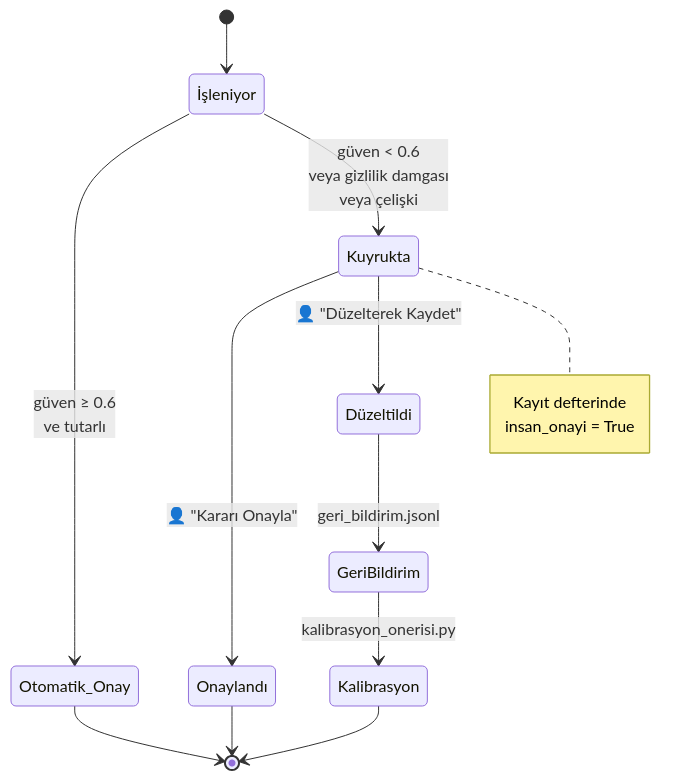
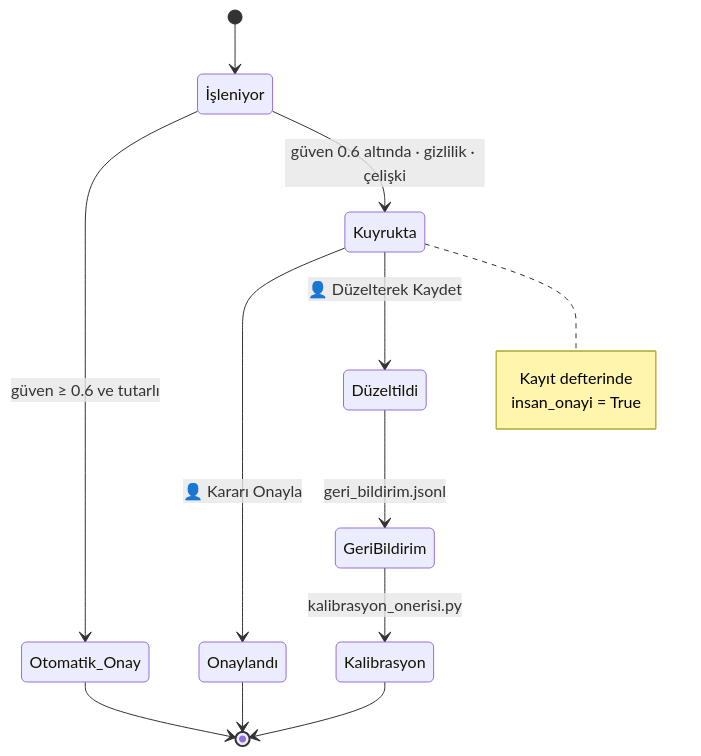
Before and after one commit to msgxr/teknofest-2026-kamu-evrak-akilli-ajan: diagram 26 of 28 in README.md, drawn with Mermaid. The commit also changed other lines of this file, not shown here.

First line of the commit message:
fix(beni-oku): GitHub'da render olmayan Mermaid diyagramlari duzeltildi

````diff
--- a/README.md
+++ b/README.md
@@ -1767,17 +1760,17 @@
 ```mermaid
 stateDiagram-v2
     [*] --> İşleniyor
-    İşleniyor --> Otomatik_Onay: güven ≥ 0.6<br/>ve tutarlı
-    İşleniyor --> Kuyrukta: güven < 0.6<br/>veya gizlilik damgası<br/>veya çelişki
-    Kuyrukta --> Onaylandı: 👤 "Kararı Onayla"
-    Kuyrukta --> Düzeltildi: 👤 "Düzelterek Kaydet"
+    İşleniyor --> Otomatik_Onay: güven ≥ 0.6 ve tutarlı
+    İşleniyor --> Kuyrukta: güven 0.6 altında · gizlilik · çelişki
+    Kuyrukta --> Onaylandı: 👤 Kararı Onayla
+    Kuyrukta --> Düzeltildi: 👤 Düzelterek Kaydet
     Düzeltildi --> GeriBildirim: geri_bildirim.jsonl
     GeriBildirim --> Kalibrasyon: kalibrasyon_onerisi.py
     Otomatik_Onay --> [*]
     Onaylandı --> [*]
     Kalibrasyon --> [*]
     note right of Kuyrukta
       Kayıt defterinde
       insan_onayi = True
     end note
 ```
````
